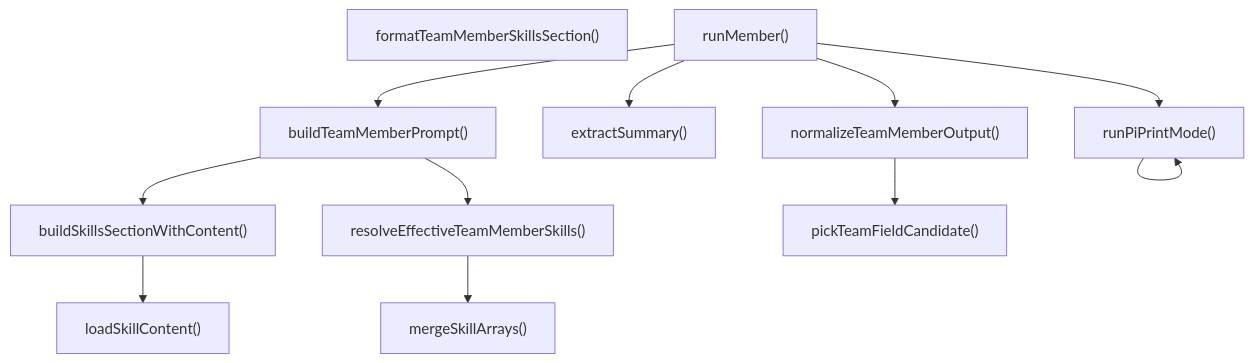
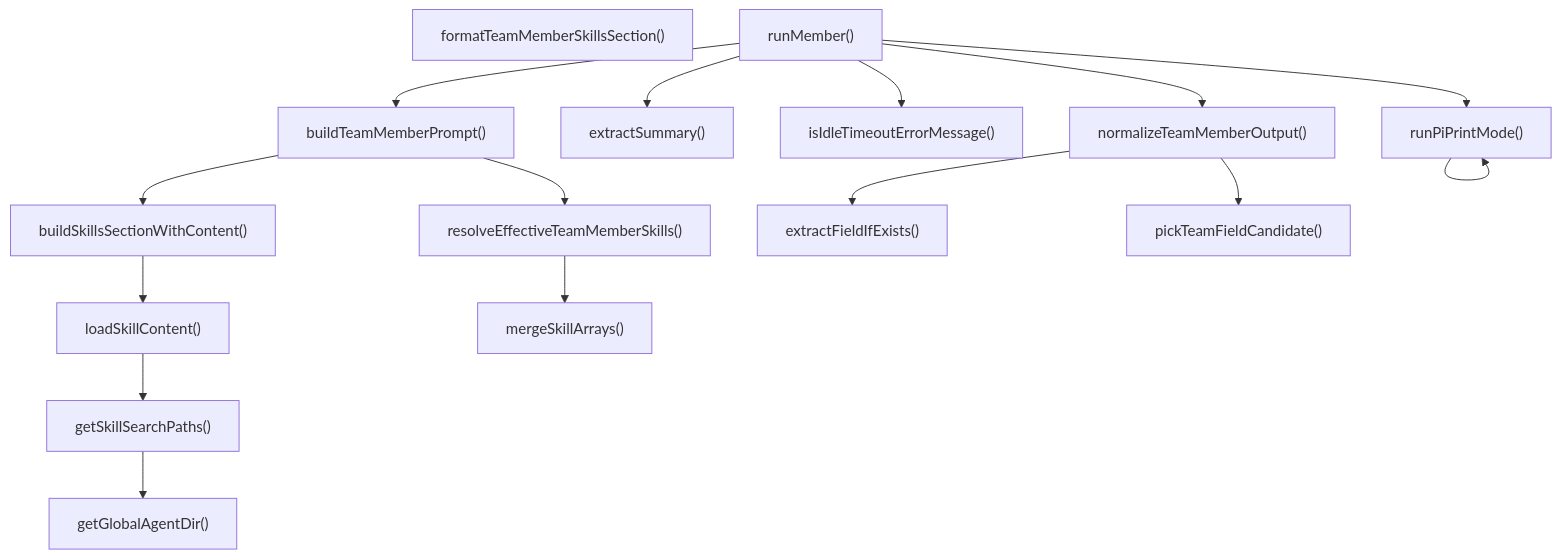
One commit to Mekann2904/mekann changed the third of 4 diagrams in ABDD/.pi/extensions/agent-teams/member-execution.md. Above: the diagram before and after it, drawn with Mermaid. The commit also changed other lines of this file and 205 other files, not shown here.

````diff
--- a/ABDD/.pi/extensions/agent-teams/member-execution.md
+++ b/ABDD/.pi/extensions/agent-teams/member-execution.md
@@ -75,24 +75,32 @@
 ```mermaid
 flowchart TD
   buildSkillsSectionWithContent["buildSkillsSectionWithContent()"]
   buildTeamMemberPrompt["buildTeamMemberPrompt()"]
+  extractFieldIfExists["extractFieldIfExists()"]
   extractSummary["extractSummary()"]
   formatTeamMemberSkillsSection["formatTeamMemberSkillsSection()"]
+  getGlobalAgentDir["getGlobalAgentDir()"]
+  getSkillSearchPaths["getSkillSearchPaths()"]
+  isIdleTimeoutErrorMessage["isIdleTimeoutErrorMessage()"]
   loadSkillContent["loadSkillContent()"]
   mergeSkillArrays["mergeSkillArrays()"]
   normalizeTeamMemberOutput["normalizeTeamMemberOutput()"]
   pickTeamFieldCandidate["pickTeamFieldCandidate()"]
   resolveEffectiveTeamMemberSkills["resolveEffectiveTeamMemberSkills()"]
   runMember["runMember()"]
   runPiPrintMode["runPiPrintMode()"]
   buildSkillsSectionWithContent --> loadSkillContent
   buildTeamMemberPrompt --> buildSkillsSectionWithContent
   buildTeamMemberPrompt --> resolveEffectiveTeamMemberSkills
+  getSkillSearchPaths --> getGlobalAgentDir
+  loadSkillContent --> getSkillSearchPaths
+  normalizeTeamMemberOutput --> extractFieldIfExists
   normalizeTeamMemberOutput --> pickTeamFieldCandidate
   resolveEffectiveTeamMemberSkills --> mergeSkillArrays
   runMember --> buildTeamMemberPrompt
   runMember --> extractSummary
+  runMember --> isIdleTimeoutErrorMessage
   runMember --> normalizeTeamMemberOutput
   runMember --> runPiPrintMode
   runPiPrintMode --> runPiPrintMode
 ```
````
